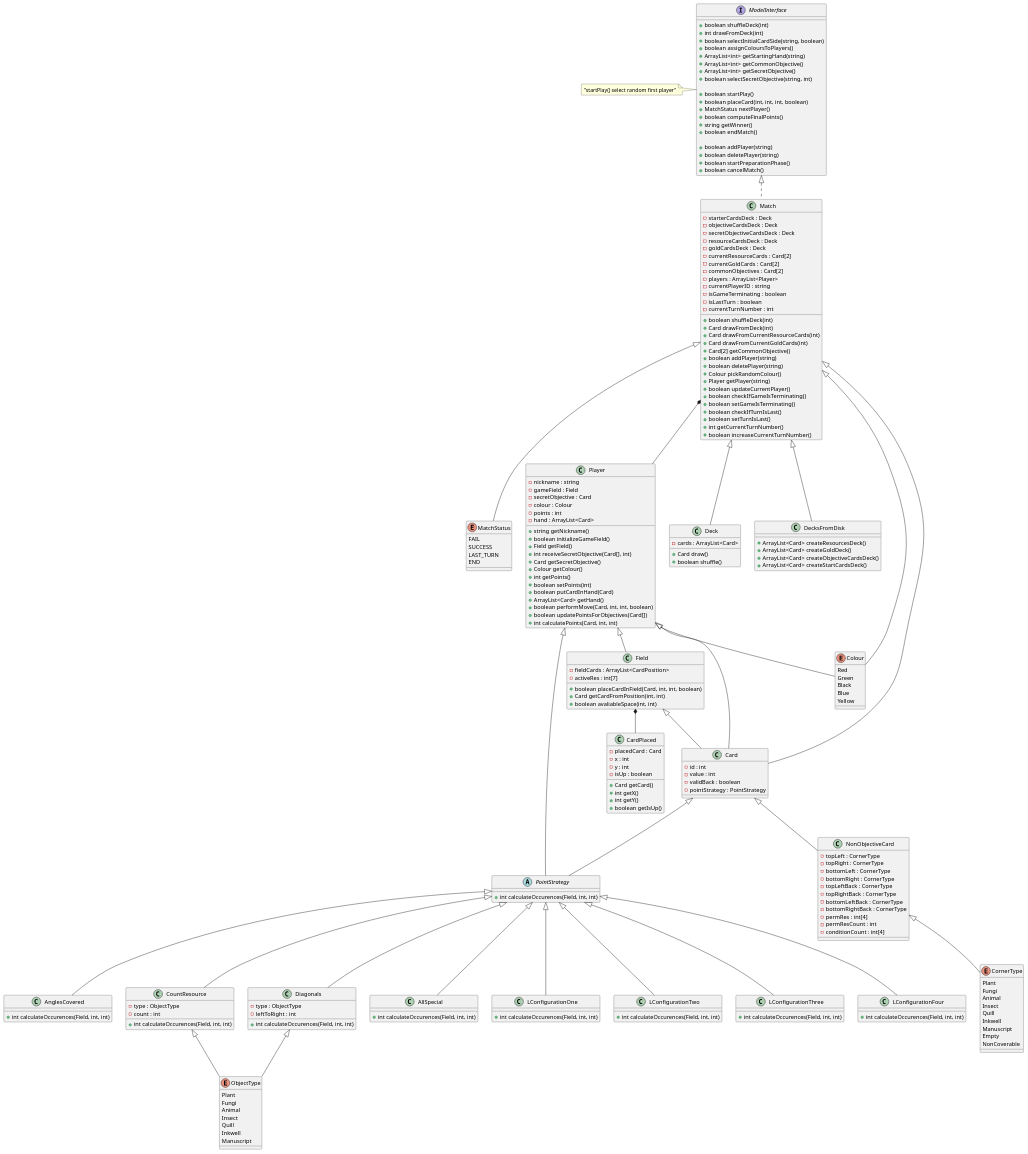
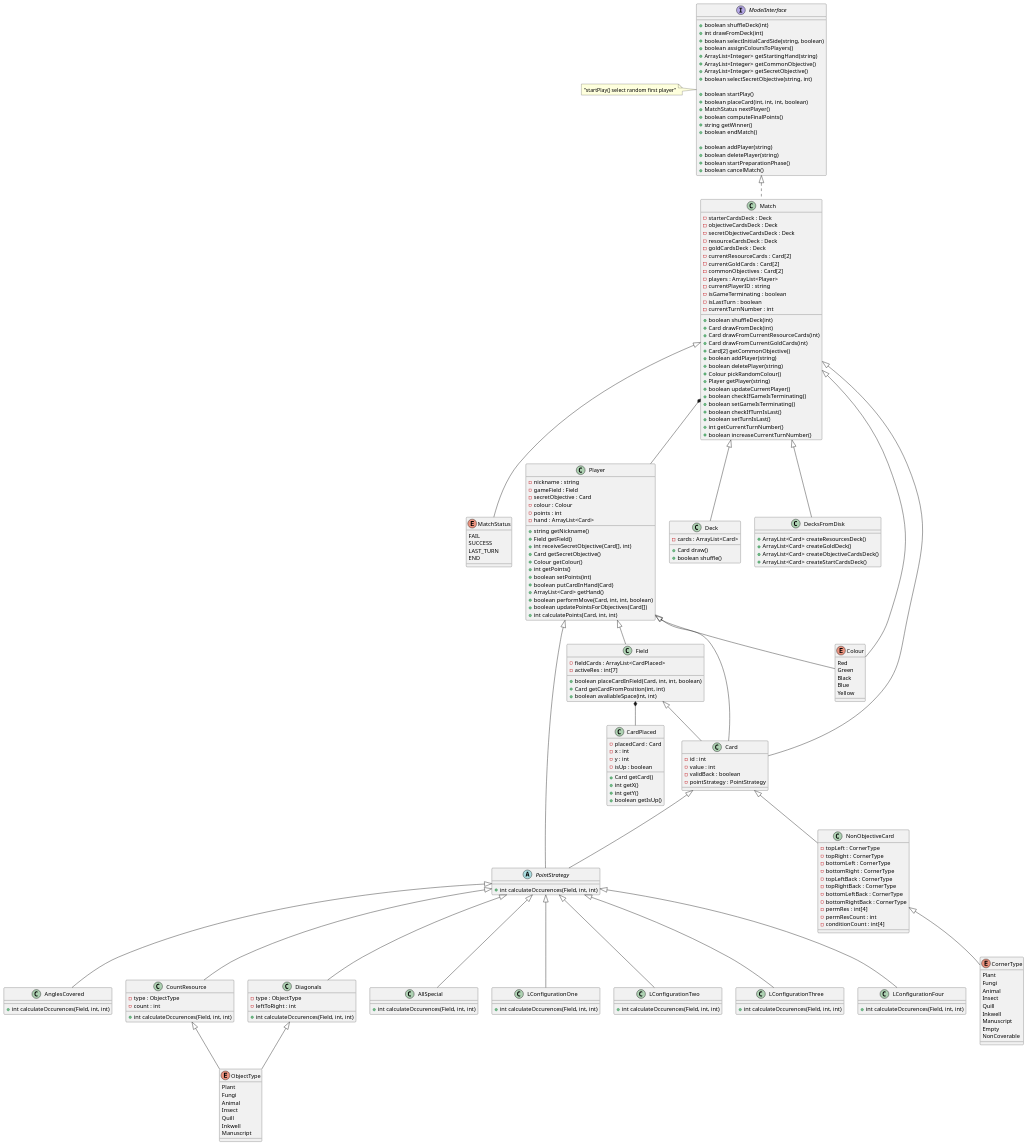
The diagram in deliverables/UMLs/Model/Draft/UMLModelDraft.puml (lorenzo-cmyk/PF_INGSW_2023_24), drawn with PlantUML before and after one commit. The commit also changed 22 other files, not shown here.

Commit message:
Added model classes and rectified UML

```diff
--- a/deliverables/UMLs/Model/Draft/UMLModelDraft.puml
+++ b/deliverables/UMLs/Model/Draft/UMLModelDraft.puml
@@ -5,9 +5,9 @@
     + int drawFromDeck(int)
     + boolean selectInitialCardSide(string, boolean)
     + boolean assignColoursToPlayers()
-    + ArrayList<int> getStartingHand(string)
-    + ArrayList<int> getCommonObjective()
-    + ArrayList<int> getSecretObjective()    
+    + ArrayList<Integer> getStartingHand(string)
+    + ArrayList<Integer> getCommonObjective()
+    + ArrayList<Integer> getSecretObjective()
     + boolean selectSecretObjective(string, int)
     
     + boolean startPlay()
@@ -35,7 +35,7 @@
 Match <|-- MatchStatus
 
 class Field {
-    - fieldCards : ArrayList<CardPosition>
+    - fieldCards : ArrayList<CardPlaced>
     - activeRes : int[7]
     + boolean placeCardInField(Card, int, int, boolean)
     + Card getCardFromPosition(int, int)
@@ -65,7 +65,6 @@
     - points : int
     - hand : ArrayList<Card>
     + string getNickname()
-    + boolean initializeGameField()
     + Field getField()
     + int receiveSecretObjective(Card[], int)
     + Card getSecretObjective()
```
